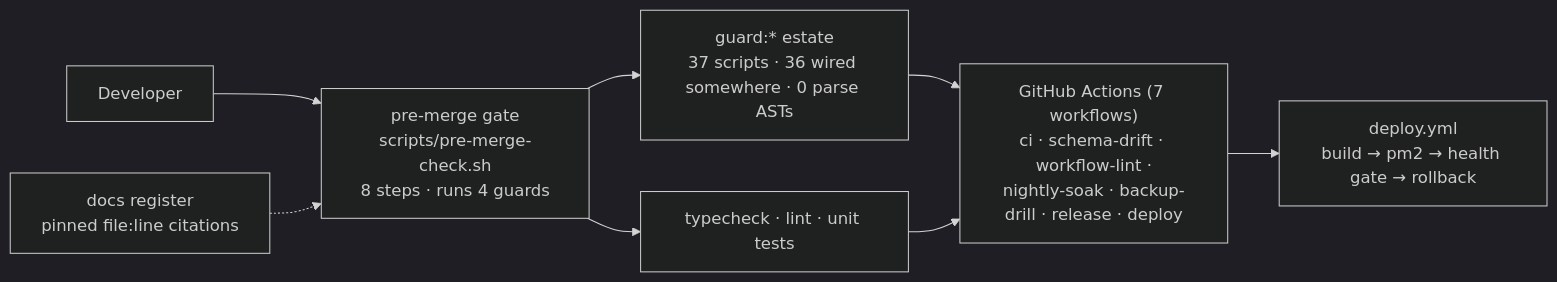
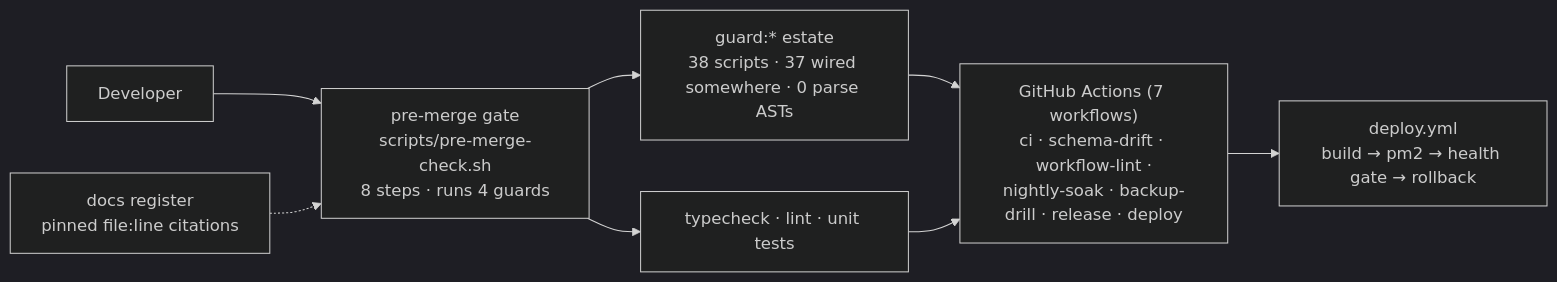
Before and after one commit to vinayakss007/nucrm-bigplan-by-vm-enterprise-v2: the eighth of 9 diagrams in docs/architecture/SYSTEM-MAP.md, drawn with Mermaid (dark theme). The commit also changed other lines of this file and 3 other files, not shown here.

````diff
--- a/docs/architecture/SYSTEM-MAP.md
+++ b/docs/architecture/SYSTEM-MAP.md
@@ -404,11 +404,11 @@
 ```mermaid
 flowchart LR
   DEV["Developer"] --> PRE["pre-merge gate<br/>scripts/pre-merge-check.sh<br/>8 steps · runs 4 guards"]
-  PRE --> G1["guard:* estate<br/>37 scripts · 36 wired somewhere · 0 parse ASTs"]
+  PRE --> G1["guard:* estate<br/>38 scripts · 37 wired somewhere · 0 parse ASTs"]
   PRE --> TC["typecheck · lint · unit tests"]
   G1 --> CI
   TC --> CI
   CI["GitHub Actions (7 workflows)<br/>ci · schema-drift · workflow-lint ·<br/>nightly-soak · backup-drill · release · deploy"]
   CI --> DEP["deploy.yml<br/>build → pm2 → health gate → rollback"]
   REG["docs register<br/>pinned file:line citations"] -.-> PRE
 ```
````
